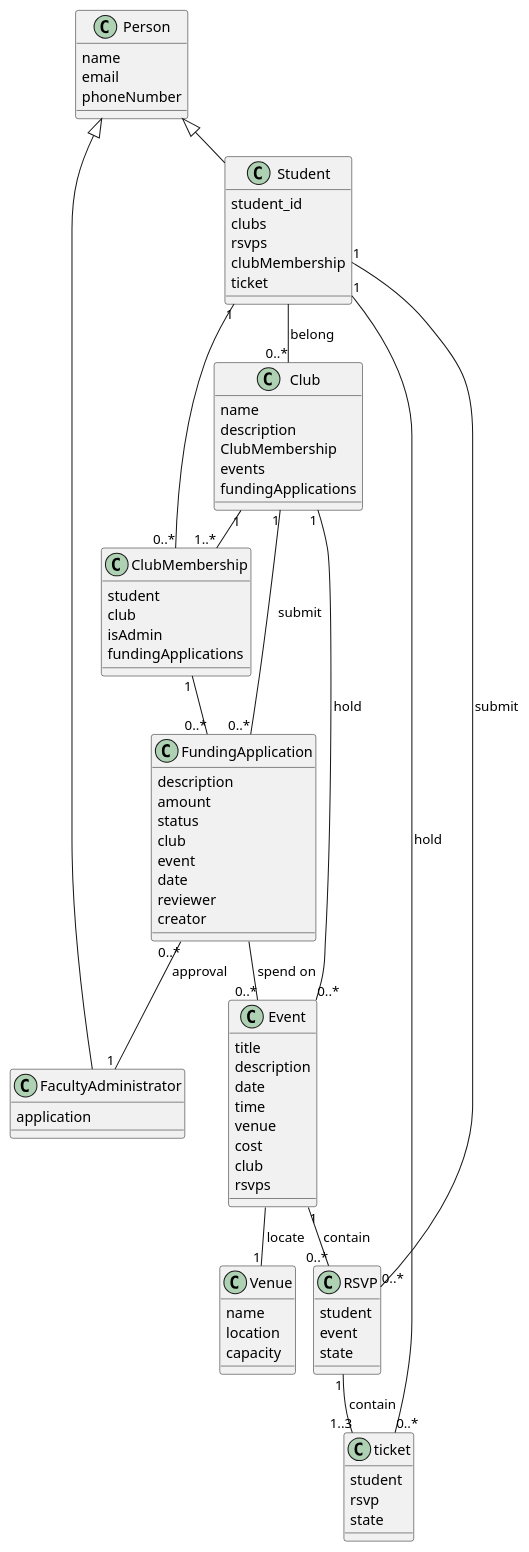
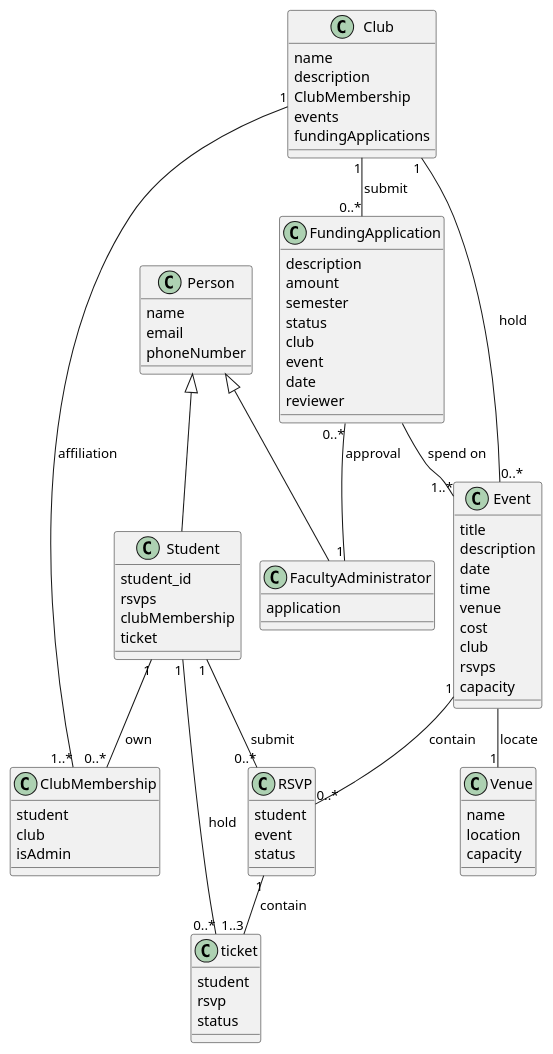
Before and after one commit to lvyl9909/ClubManagementSystem: the diagram in docs/part1/domain_model.puml, drawn with PlantUML. The commit also changed 2 other files, not shown here.

```diff
--- a/docs/part1/domain_model.puml
+++ b/docs/part1/domain_model.puml
@@ -1,91 +1,88 @@
 @startuml
 !pragma layout smetana
 class Person{
     name
     email
     phoneNumber
 }
 
 class Student{
     student_id
-    clubs
     rsvps
     clubMembership
     ticket
 }
 
 class ClubMembership{
     student
     club
     isAdmin
-    fundingApplications
 }
 
 
 class FacultyAdministrator{
     application
 }
 
 class Club{
     name
     description
     ClubMembership
     events
     fundingApplications
 }
 
 class Venue{
     name
     location
     capacity
 }
 
 class Event{
     title
     description
     date
     time
     venue
     cost
     club
     rsvps
+    capacity
 }
 
 class FundingApplication{
     description
     amount
+    semester
     status
     club
     event
     date
     reviewer
-    creator
 }
 
 class RSVP{
     student
     event
-    state
+    status
 }
 
 class ticket{
     student
     rsvp
-    state
+    status
 }
 Person <|-- Student
 Person <|-- FacultyAdministrator
-Student  -- "0..*" Club : belong >
-FundingApplication "0..*"--"1" FacultyAdministrator: approval >
-Club "1" -- "0..*" Event : hold >
-Event  -- "1" Venue : locate >
-Student "1" -- "0..*" RSVP : submit >
-Event "1" -- "0..*" RSVP : contain >
-Club "1"--"0..*" FundingApplication : submit >
-FundingApplication  -- "0..*" Event : spend on >
+FundingApplication "0..*"--"1" FacultyAdministrator: approval 
+Club "1" -- "0..*" Event : hold 
+Event  -- "1" Venue : locate 
+Student "1" -- "0..*" RSVP : submit 
+Event "1" -- "0..*" RSVP : contain 
+Club "1"--"0..*" FundingApplication : submit 
+FundingApplication  -- "1..*" Event : spend on 
 RSVP "1"--"1..3" ticket : contain >
 Student "1" -- "0..*" ticket: hold >
-Club "1" -- "1..*" ClubMembership
-Student "1"--"0..*" ClubMembership
-ClubMembership "1" -- "0..*" FundingApplication
+Club "1" -- "1..*" ClubMembership :affiliation
+Student "1"--"0..*" ClubMembership :own
 @enduml
```
